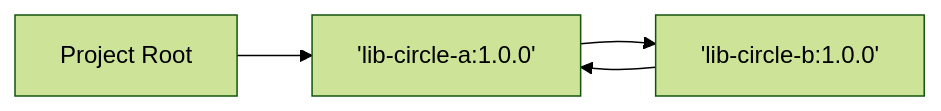
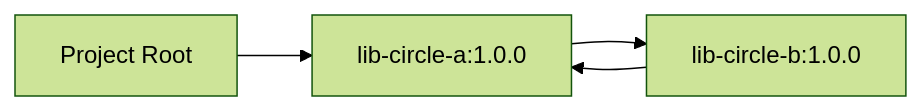
The diagram in demos/maven-demo/scenario-10-circular/guide.qmd (JavaDependencyHell/fieldguide), drawn with Mermaid (forest theme) before and after one commit. The commit also changed other lines of this file and 208 other files, not shown here.

````diff
--- a/demos/maven-demo/scenario-10-circular/guide.qmd
+++ b/demos/maven-demo/scenario-10-circular/guide.qmd
@@ -18,7 +19,7 @@
 ```{mermaid}
 %%| fig-width: 4.4
 graph LR
-    Root[Project Root] --> LibA['lib-circle-a:1.0.0']
-    LibA --> LibB['lib-circle-b:1.0.0']
+    Root[Project Root] --> LibA["lib-circle-a:1.0.0"]
+    LibA --> LibB["lib-circle-b:1.0.0"]
     LibB --> LibA
 ```
````
